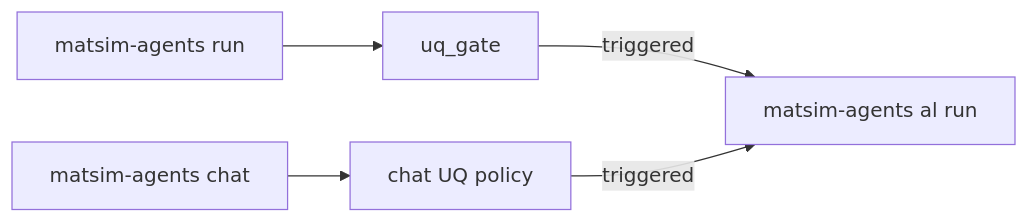
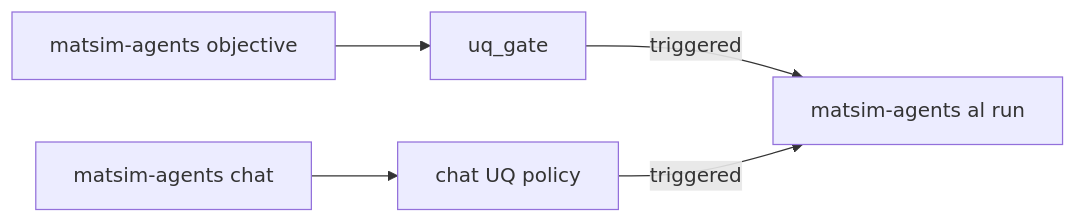
Before and after one commit to ORNL/matsim-agents: the second of 2 diagrams in examples/active_learning/README.md, drawn with Mermaid. The commit also changed other lines of this file and 26 other files, not shown here.

Commit message:
Docs, examples and deployment scripts: use validate/run/objective; port usability tests

````diff
--- a/examples/active_learning/README.md
+++ b/examples/active_learning/README.md
@@ -149,7 +149,7 @@
 ```mermaid
 flowchart LR
-  R[matsim-agents run] --> RU[uq_gate]
+  R[matsim-agents objective] --> RU[uq_gate]
   C[matsim-agents chat] --> CU[chat UQ policy]
   RU -->|triggered| AL[matsim-agents al run]
   CU -->|triggered| AL
 ```
````
